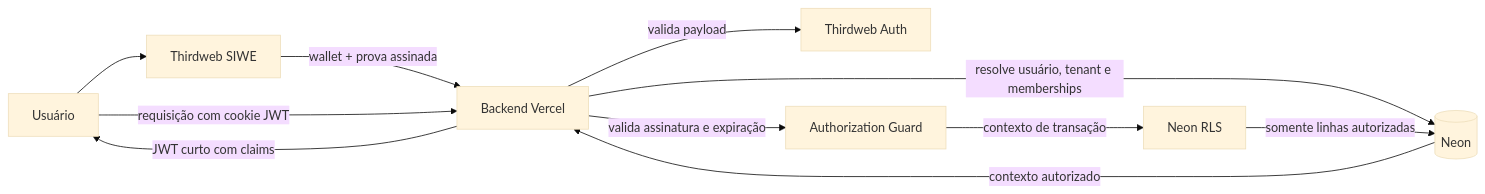
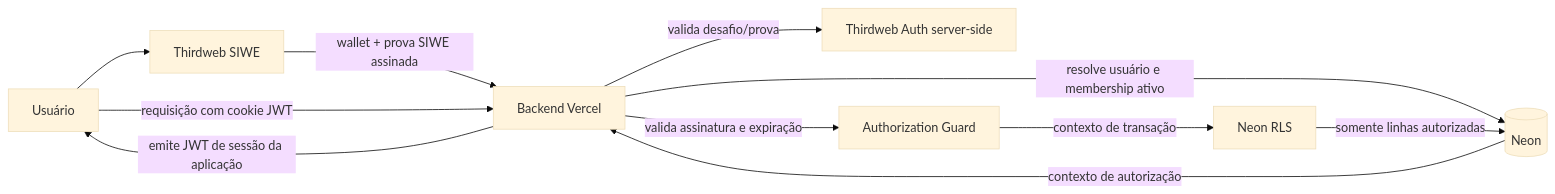
One commit to govinda777/ObraFlow changed the first of 3 diagrams in docs/rfcs/0005-adr-autorizacao-por-jwt-neon-e-auditoria-de-eventos.md. Above: the diagram before and after it, drawn with Mermaid (base theme). The commit also changed other lines of this file and 51 other files, not shown here.

````diff
--- a/docs/rfcs/0005-adr-autorizacao-por-jwt-neon-e-auditoria-de-eventos.md
+++ b/docs/rfcs/0005-adr-autorizacao-por-jwt-neon-e-auditoria-de-eventos.md
@@ -32,13 +42,13 @@
 ```mermaid
 flowchart LR
     U[Usuário] --> TW[Thirdweb SIWE]
-    TW -->|wallet + prova assinada| API[Backend Vercel]
-    API -->|valida payload| AUTH[Thirdweb Auth]
-    API -->|resolve usuário, tenant e memberships| DB[(Neon)]
-    DB -->|contexto autorizado| API
-    API -->|JWT curto com claims| U
+    TW -->|wallet + prova SIWE assinada| API[Backend Vercel]
+    API -->|valida desafio/prova| AUTH[Thirdweb Auth server-side]
+    API -->|resolve usuário e membership ativo| DB[(Neon)]
+    DB -->|contexto de autorização| API
+    API -->|emite JWT de sessão da aplicação| U
     U -->|requisição com cookie JWT| API
     API -->|valida assinatura e expiração| GUARD[Authorization Guard]
     GUARD -->|contexto de transação| RLS[Neon RLS]
     RLS -->|somente linhas autorizadas| DB
 ```
````
